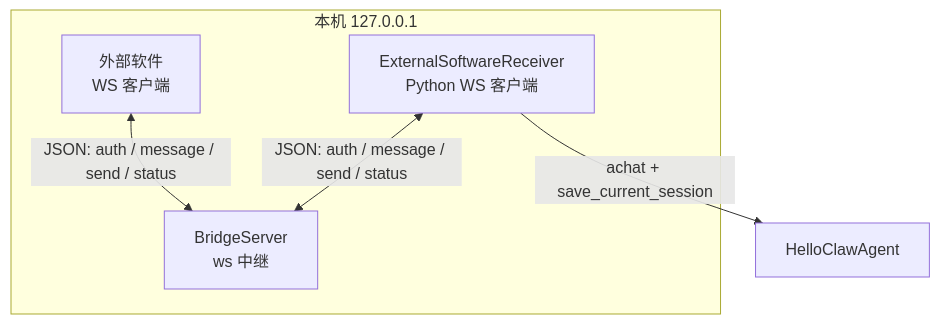
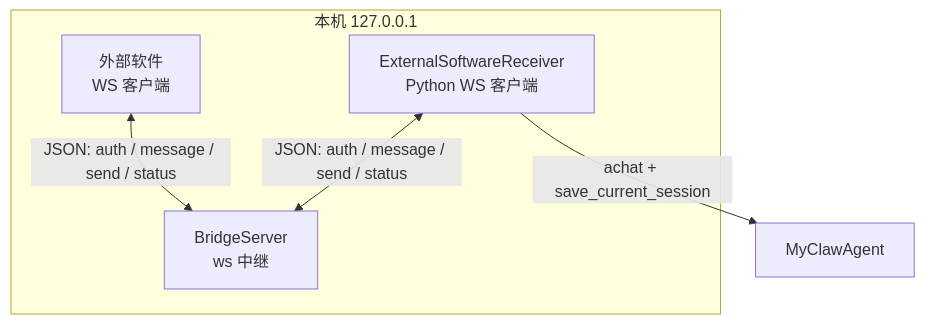
The first of 3 diagrams in docs/Bridge实现与功能说明.md (promisestar/MyClaw), drawn with Mermaid before and after one commit. The commit also changed other lines of this file and 19 other files, not shown here.

````diff
--- a/docs/Bridge实现与功能说明.md
+++ b/docs/Bridge实现与功能说明.md
@@ -137,11 +137,11 @@
 ```mermaid
 flowchart TB
     subgraph local["本机 127.0.0.1"]
         B[BridgeServer<br/>ws 中继]
         Py[ExternalSoftwareReceiver<br/>Python WS 客户端]
         Ext[外部软件<br/>WS 客户端]
     end
     Py <-->|JSON: auth / message / send / status| B
     Ext <-->|JSON: auth / message / send / status| B
-    Py -->|achat + save_current_session| Agent[HelloClawAgent]
+    Py -->|achat + save_current_session| Agent[MyClawAgent]
 ```
````
